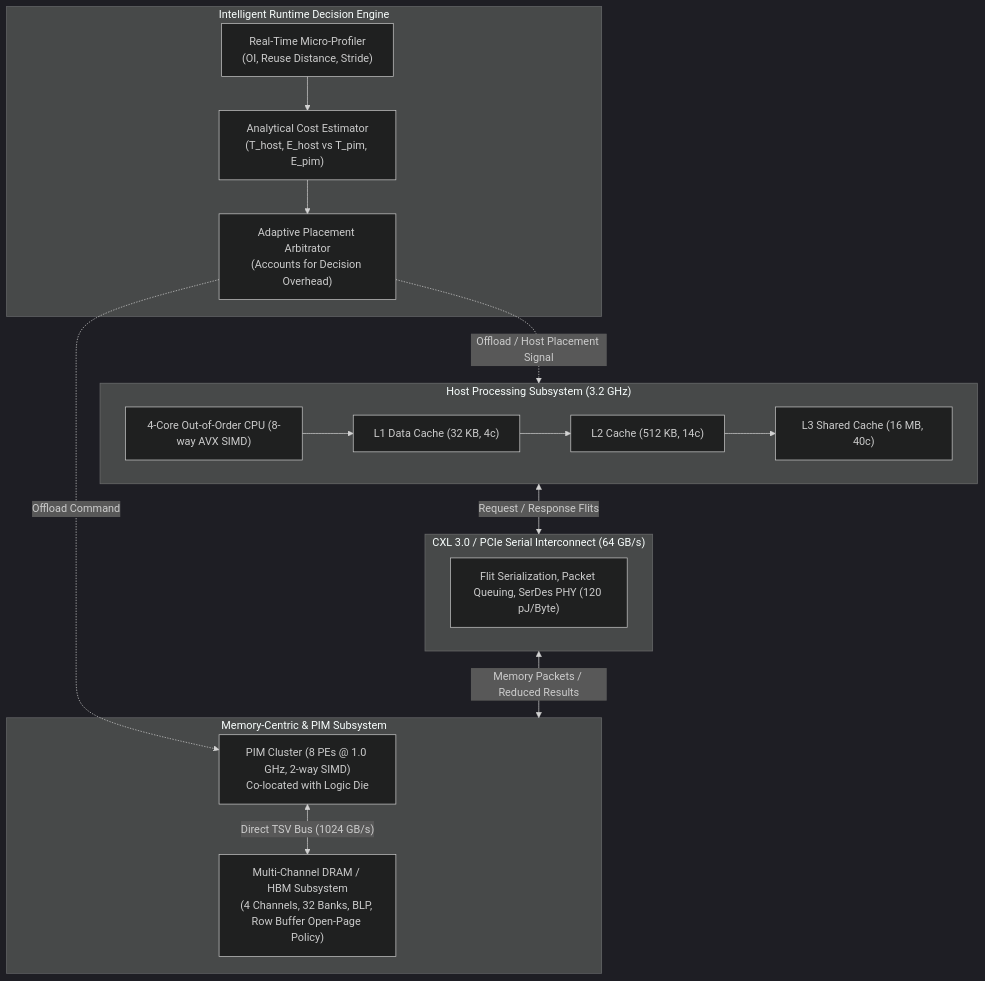
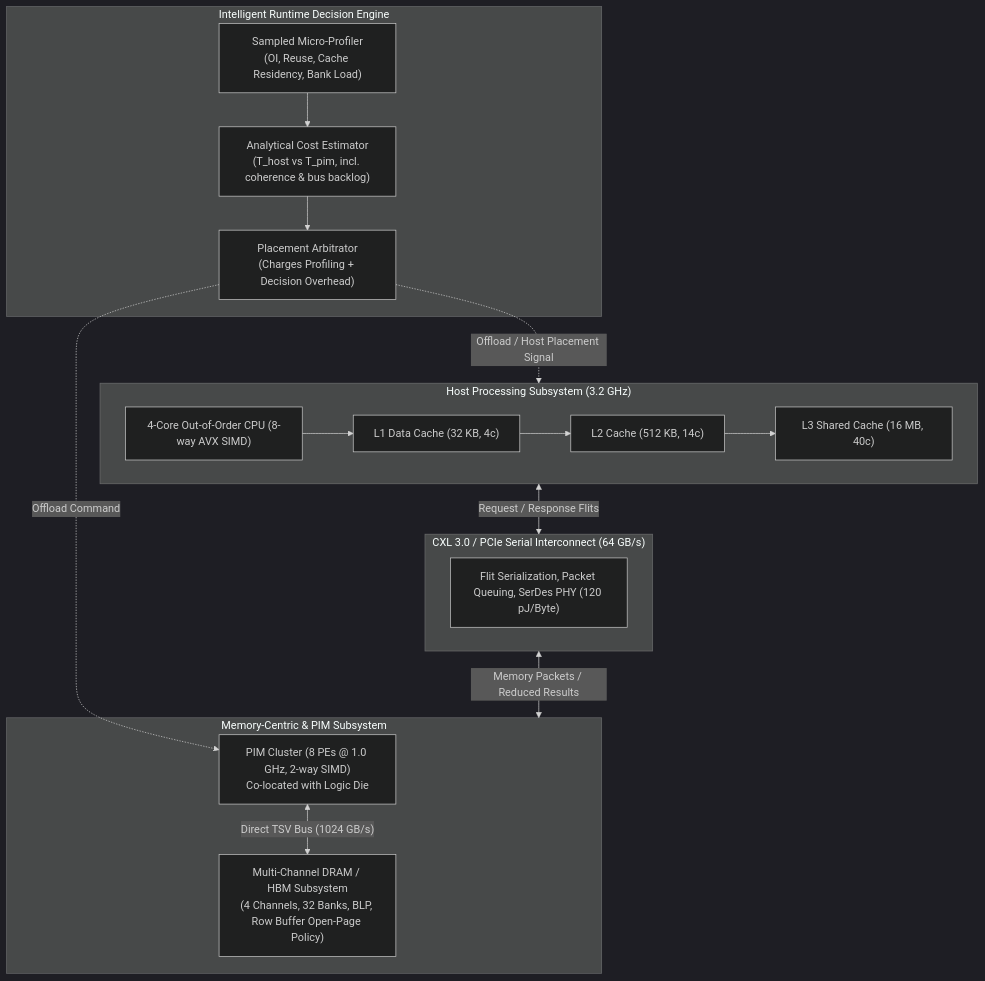
One commit to venuvivek-byte/memcentric changed the diagram in README.md. Above: the diagram before and after it, drawn with Mermaid (dark theme). The commit also changed other lines of this file and 26 other files, not shown here.

First line of the commit message:
Event-driven placement runtime, oracle, mixed session and overhead study

````diff
--- a/README.md
+++ b/README.md
@@ -26,32 +26,32 @@
 ```mermaid
 flowchart TD
     subgraph HostSystem ["Host Processing Subsystem (3.2 GHz)"]
         CPU["4-Core Out-of-Order CPU (8-way AVX SIMD)"]
         L1["L1 Data Cache (32 KB, 4c)"]
         L2["L2 Cache (512 KB, 14c)"]
         L3["L3 Shared Cache (16 MB, 40c)"]
         CPU --> L1 --> L2 --> L3
     end
 
     subgraph RuntimeEngine ["Intelligent Runtime Decision Engine"]
-        Profiler["Real-Time Micro-Profiler\n(OI, Reuse Distance, Stride)"]
-        CostModel["Analytical Cost Estimator\n(T_host, E_host vs T_pim, E_pim)"]
-        Scheduler["Adaptive Placement Arbitrator\n(Accounts for Decision Overhead)"]
+        Profiler["Sampled Micro-Profiler\n(OI, Reuse, Cache Residency, Bank Load)"]
+        CostModel["Analytical Cost Estimator\n(T_host vs T_pim, incl. coherence & bus backlog)"]
+        Scheduler["Placement Arbitrator\n(Charges Profiling + Decision Overhead)"]
         Profiler --> CostModel --> Scheduler
     end
 
     subgraph InterconnectBus ["CXL 3.0 / PCIe Serial Interconnect (64 GB/s)"]
         TX["Flit Serialization, Packet Queuing, SerDes PHY (120 pJ/Byte)"]
     end
 
     subgraph MemoryPIM ["Memory-Centric & PIM Subsystem"]
         PIM["PIM Cluster (8 PEs @ 1.0 GHz, 2-way SIMD)\nCo-located with Logic Die"]
         DRAM["Multi-Channel DRAM / HBM Subsystem\n(4 Channels, 32 Banks, BLP, Row Buffer Open-Page Policy)"]
         PIM <-->|"Direct TSV Bus (1024 GB/s)"| DRAM
     end
 
     HostSystem <-->|"Request / Response Flits"| InterconnectBus
     Scheduler -.->|"Offload / Host Placement Signal"| HostSystem
     Scheduler -.->|"Offload Command"| PIM
     InterconnectBus <-->|"Memory Packets / Reduced Results"| MemoryPIM
 ```
````
